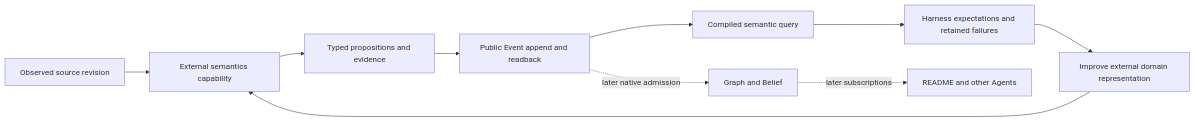
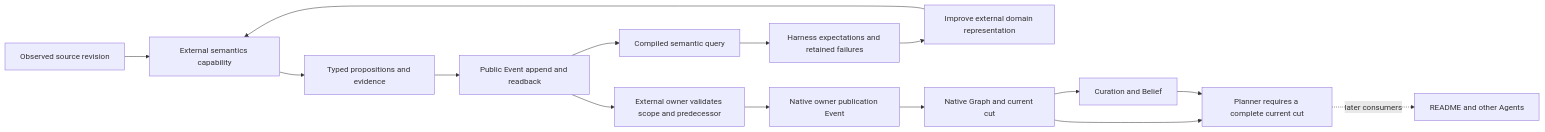
Before and after one commit to JerkyTreats/meld: the diagram in design/plan/architecture_overhauls/world_model_knowledge_traversal/codebase_semantics_experiment.md, drawn with Mermaid. The commit also changed other lines of this file and 10 other files, not shown here.

````diff
--- a/design/plan/architecture_overhauls/world_model_knowledge_traversal/codebase_semantics_experiment.md
+++ b/design/plan/architecture_overhauls/world_model_knowledge_traversal/codebase_semantics_experiment.md
@@ -39,12 +39,17 @@
 ```mermaid
 flowchart LR
     F[Observed source revision] --> C[External semantics capability]
     C --> L[Typed propositions and evidence]
     L --> E[Public Event append and readback]
     E --> Q[Compiled semantic query]
     Q --> H[Harness expectations and retained failures]
     H --> A[Improve external domain representation]
     A --> C
-    E -. later native admission .-> B[Graph and Belief]
-    B -. later subscriptions .-> R[README and other Agents]
+    E --> O[External owner validates scope and predecessor]
+    O --> P[Native owner publication Event]
+    P --> G[Native Graph and current cut]
+    G --> B[Curation and Belief]
+    G --> J[Planner requires a complete current cut]
+    B --> J
+    J -. later consumers .-> R[README and other Agents]
 ```
````
